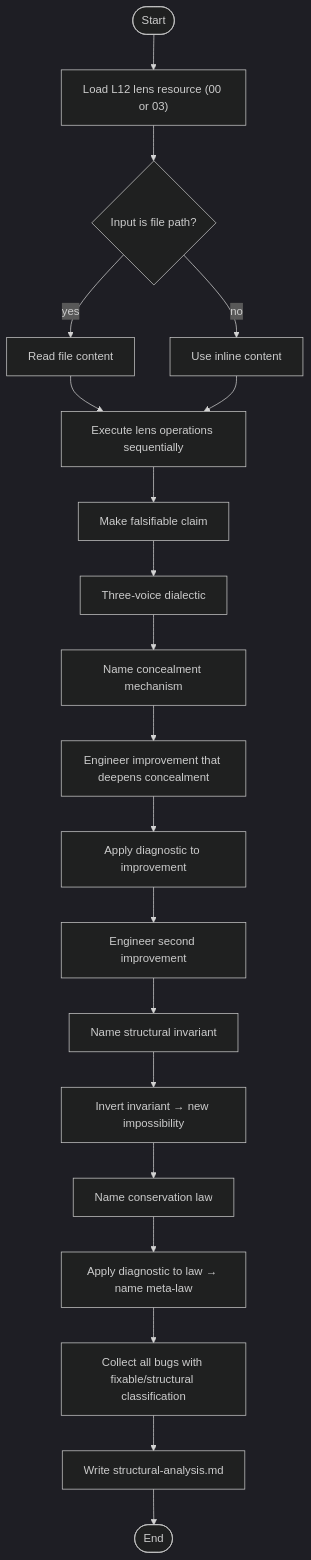
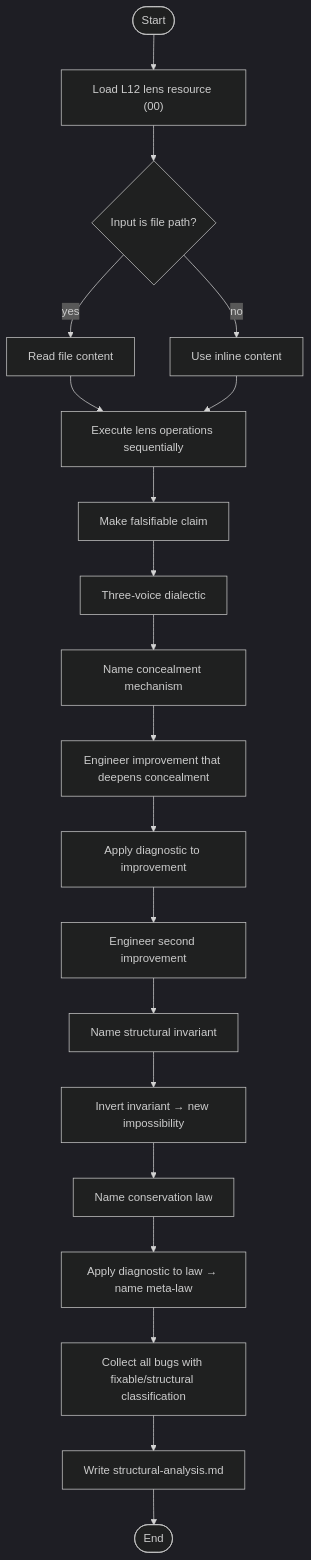
One commit to m2ux/workflow-server changed the first of 5 diagrams in prism/skills/README.md. Above: the diagram before and after it, drawn with Mermaid (dark theme). The commit also changed other lines of this file and 3 other files, not shown here.

````diff
--- a/prism/skills/README.md
+++ b/prism/skills/README.md
@@ -26,22 +26,22 @@
 ```mermaid
 graph TD
-    startNode(["Start"]) --> loadLens["Load L12 lens resource (00 or 03)"]
+    startNode(["Start"]) --> loadLens["Load L12 lens resource (00)"]
     loadLens --> readTarget{"Input is file path?"}
     readTarget -->|"yes"| readFile["Read file content"]
     readTarget -->|"no"| useDirect["Use inline content"]
     readFile --> executeLens["Execute lens operations sequentially"]
     useDirect --> executeLens
     executeLens --> claim["Make falsifiable claim"]
     claim --> dialectic["Three-voice dialectic"]
     dialectic --> concealment["Name concealment mechanism"]
     concealment --> improve1["Engineer improvement that deepens concealment"]
     improve1 --> diagnose1["Apply diagnostic to improvement"]
     diagnose1 --> improve2["Engineer second improvement"]
     improve2 --> invariant["Name structural invariant"]
     invariant --> invert["Invert invariant → new impossibility"]
     invert --> conservationLaw["Name conservation law"]
     conservationLaw --> metaLaw["Apply diagnostic to law → name meta-law"]
     metaLaw --> bugTable["Collect all bugs with fixable/structural classification"]
     bugTable --> writeArtifact["Write structural-analysis.md"]
     writeArtifact --> endNode(["End"])
 ```
````
